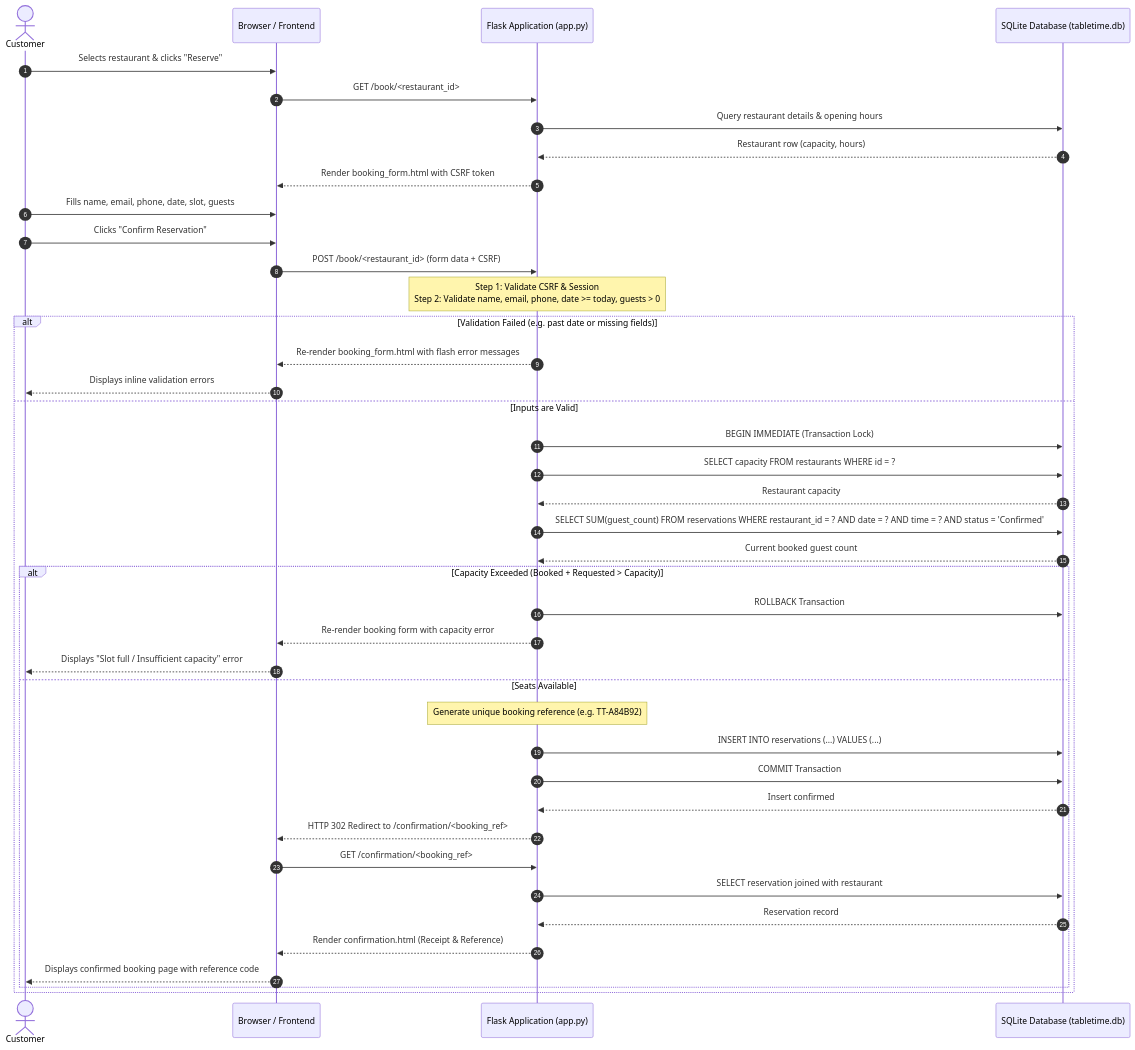
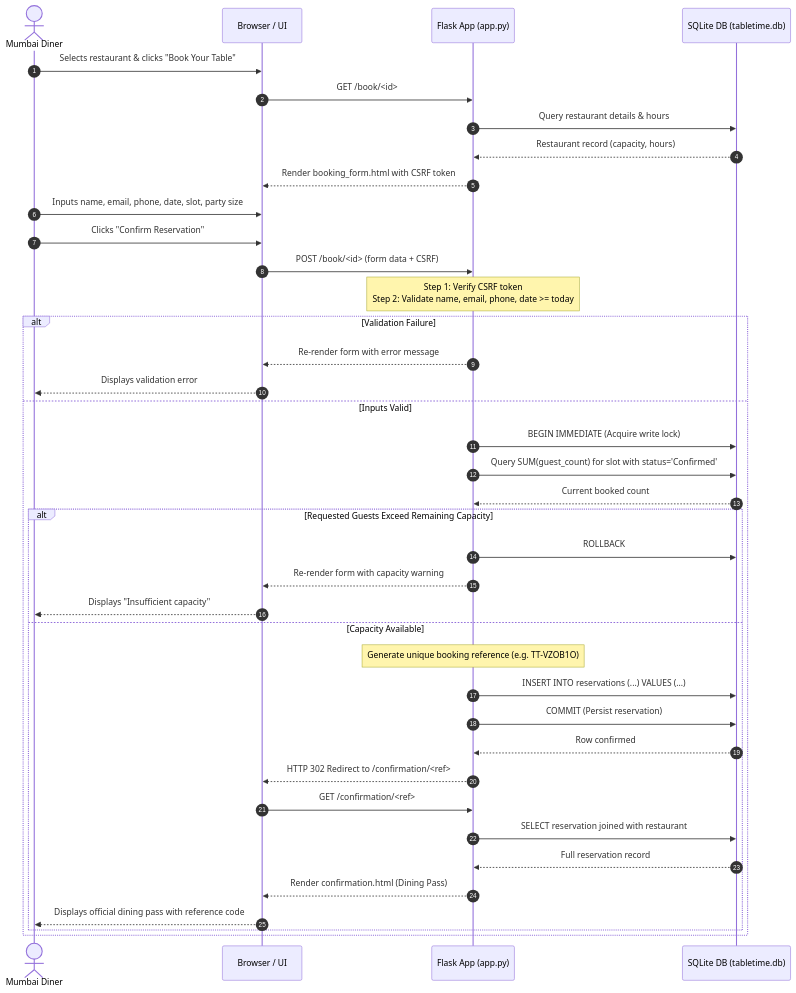
The third of 4 diagrams in docs/mini_project_report.md (immortalfoodie/TableTime), drawn with Mermaid before and after one commit. The commit also changed other lines of this file and 20 other files, not shown here.

Commit message:
Update: Full Neo-Brutalist design (Electric Indigo & Mint) with Mumbai dataset, tests, and documentation

````diff
--- a/docs/mini_project_report.md
+++ b/docs/mini_project_report.md
@@ -243,48 +247,46 @@
 ```mermaid
 sequenceDiagram
     autonumber
-    actor Customer as Customer
-    participant UI as Browser / Frontend
-    participant Flask as Flask Application (app.py)
-    participant DB as SQLite Database (tabletime.db)
+    actor Diner as Mumbai Diner
+    participant Browser as Browser / UI
+    participant Flask as Flask App (app.py)
+    participant DB as SQLite DB (tabletime.db)
 
-    Customer->>UI: Selects restaurant & clicks "Reserve"
-    UI->>Flask: GET /book/<restaurant_id>
-    Flask->>DB: Query restaurant details & opening hours
-    DB-->>Flask: Restaurant row (capacity, hours)
-    Flask-->>UI: Render booking_form.html with CSRF token
+    Diner->>Browser: Selects restaurant & clicks "Book Your Table"
+    Browser->>Flask: GET /book/<id>
+    Flask->>DB: Query restaurant details & hours
+    DB-->>Flask: Restaurant record (capacity, hours)
+    Flask-->>Browser: Render booking_form.html with CSRF token
 
-    Customer->>UI: Fills name, email, phone, date, slot, guests
-    Customer->>UI: Clicks "Confirm Reservation"
-    UI->>Flask: POST /book/<restaurant_id> (form data + CSRF)
+    Diner->>Browser: Inputs name, email, phone, date, slot, party size
+    Diner->>Browser: Clicks "Confirm Reservation"
+    Browser->>Flask: POST /book/<id> (form data + CSRF)
 
-    Note over Flask: Step 1: Validate CSRF & Session<br/>Step 2: Validate name, email, phone, date >= today, guests > 0
+    Note over Flask: Step 1: Verify CSRF token<br/>Step 2: Validate name, email, phone, date >= today
 
-    alt Validation Failed (e.g. past date or missing fields)
-        Flask-->>UI: Re-render booking_form.html with flash error messages
-        UI-->>Customer: Displays inline validation errors
-    else Inputs are Valid
-        Flask->>DB: BEGIN IMMEDIATE (Transaction Lock)
-        Flask->>DB: SELECT capacity FROM restaurants WHERE id = ?
-        DB-->>Flask: Restaurant capacity
-        Flask->>DB: SELECT SUM(guest_count) FROM reservations WHERE restaurant_id = ? AND date = ? AND time = ? AND status = 'Confirmed'
-        DB-->>Flask: Current booked guest count
+    alt Validation Failure
+        Flask-->>Browser: Re-render form with error message
+        Browser-->>Diner: Displays validation error
+    else Inputs Valid
+        Flask->>DB: BEGIN IMMEDIATE (Acquire write lock)
+        Flask->>DB: Query SUM(guest_count) for slot with status='Confirmed'
+        DB-->>Flask: Current booked count
 
-        alt Capacity Exceeded (Booked + Requested > Capacity)
-            Flask->>DB: ROLLBACK Transaction
-            Flask-->>UI: Re-render booking form with capacity error
-            UI-->>Customer: Displays "Slot full / Insufficient capacity" error
-        else Seats Available
-            Note over Flask: Generate unique booking reference (e.g. TT-A84B92)
+        alt Requested Guests Exceed Remaining Capacity
+            Flask->>DB: ROLLBACK
+            Flask-->>Browser: Re-render form with capacity warning
+            Browser-->>Diner: Displays "Insufficient capacity"
+        else Capacity Available
+            Note over Flask: Generate unique booking reference (e.g. TT-VZOB1O)
             Flask->>DB: INSERT INTO reservations (...) VALUES (...)
-            Flask->>DB: COMMIT Transaction
-            DB-->>Flask: Insert confirmed
-            Flask-->>UI: HTTP 302 Redirect to /confirmation/<booking_ref>
-            UI->>Flask: GET /confirmation/<booking_ref>
+            Flask->>DB: COMMIT (Persist reservation)
+            DB-->>Flask: Row confirmed
+            Flask-->>Browser: HTTP 302 Redirect to /confirmation/<ref>
+            Browser->>Flask: GET /confirmation/<ref>
             Flask->>DB: SELECT reservation joined with restaurant
-            DB-->>Flask: Reservation record
-            Flask-->>UI: Render confirmation.html (Receipt & Reference)
-            UI-->>Customer: Displays confirmed booking page with reference code
+            DB-->>Flask: Full reservation record
+            Flask-->>Browser: Render confirmation.html (Dining Pass)
+            Browser-->>Diner: Displays official dining pass with reference code
         end
     end
 ```
````
